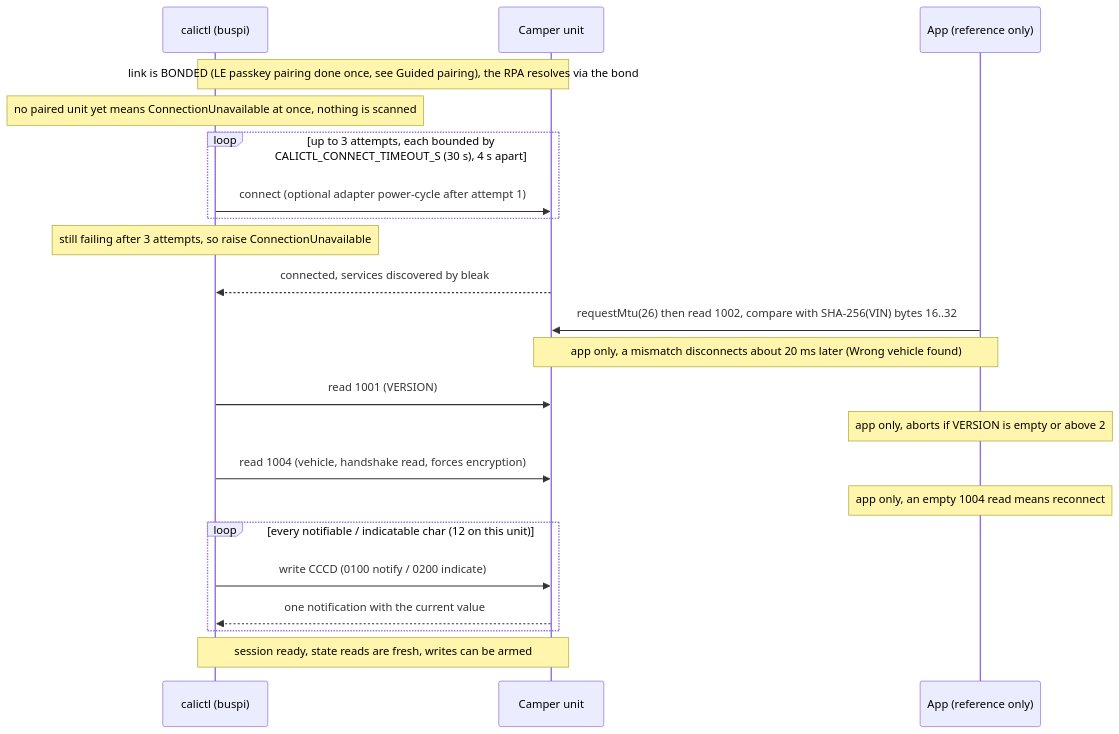
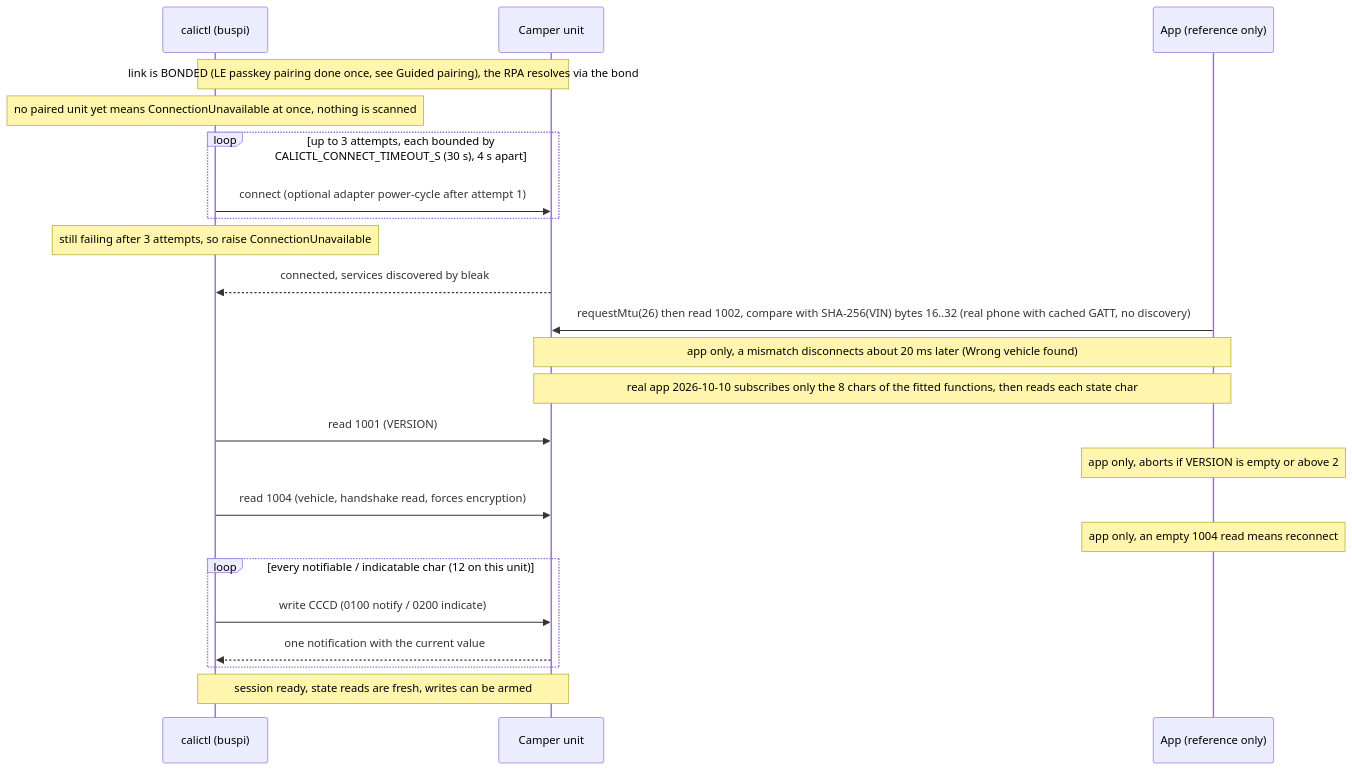
Before and after one commit to ckeller42/open-california: the first of 17 diagrams in docs/protocol-sequences.rst, drawn with Mermaid. The commit also changed other lines of this file and 3 other files, not shown here.

First line of the commit message:
docs(protocol): real app on the real unit — 2026-10-10 capture (#278)

```diff
--- a/docs/protocol-sequences.rst
+++ b/docs/protocol-sequences.rst
@@ -191,24 +192,25 @@
 .. mermaid::
 
     sequenceDiagram
         participant C as calictl (buspi)
         participant U as Camper unit
         participant A as App (reference only)
         Note over C,U: link is BONDED (LE passkey pairing done once, see Guided pairing), the RPA resolves via the bond
         Note over C: no paired unit yet means ConnectionUnavailable at once, nothing is scanned
         loop up to 3 attempts, each bounded by CALICTL_CONNECT_TIMEOUT_S (30 s), 4 s apart
             C->>U: connect (optional adapter power-cycle after attempt 1)
         end
         Note over C: still failing after 3 attempts, so raise ConnectionUnavailable
         U-->>C: connected, services discovered by bleak
-        A->>U: requestMtu(26) then read 1002, compare with SHA-256(VIN) bytes 16..32
+        A->>U: requestMtu(26) then read 1002, compare with SHA-256(VIN) bytes 16..32 (real phone with cached GATT, no discovery)
         Note over A,U: app only, a mismatch disconnects about 20 ms later (Wrong vehicle found)
+        Note over A,U: real app 2026-10-10 subscribes only the 8 chars of the fitted functions, then reads each state char
         C->>U: read 1001 (VERSION)
         Note over A: app only, aborts if VERSION is empty or above 2
         C->>U: read 1004 (vehicle, handshake read, forces encryption)
         Note over A: app only, an empty 1004 read means reconnect
         loop every notifiable / indicatable char (12 on this unit)
             C->>U: write CCCD (0100 notify / 0200 indicate)
             U-->>C: one notification with the current value
         end
         Note over C,U: session ready, state reads are fresh, writes can be armed
```
